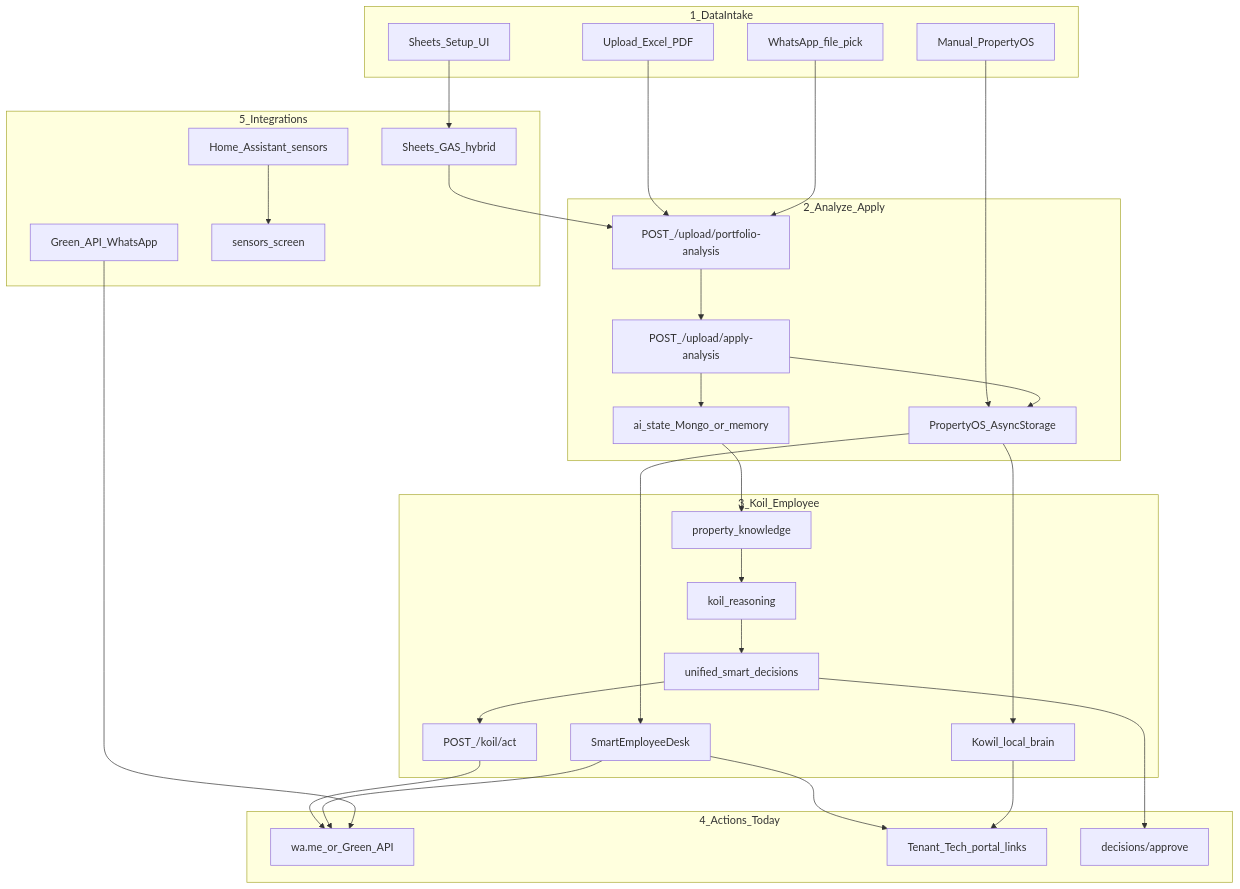
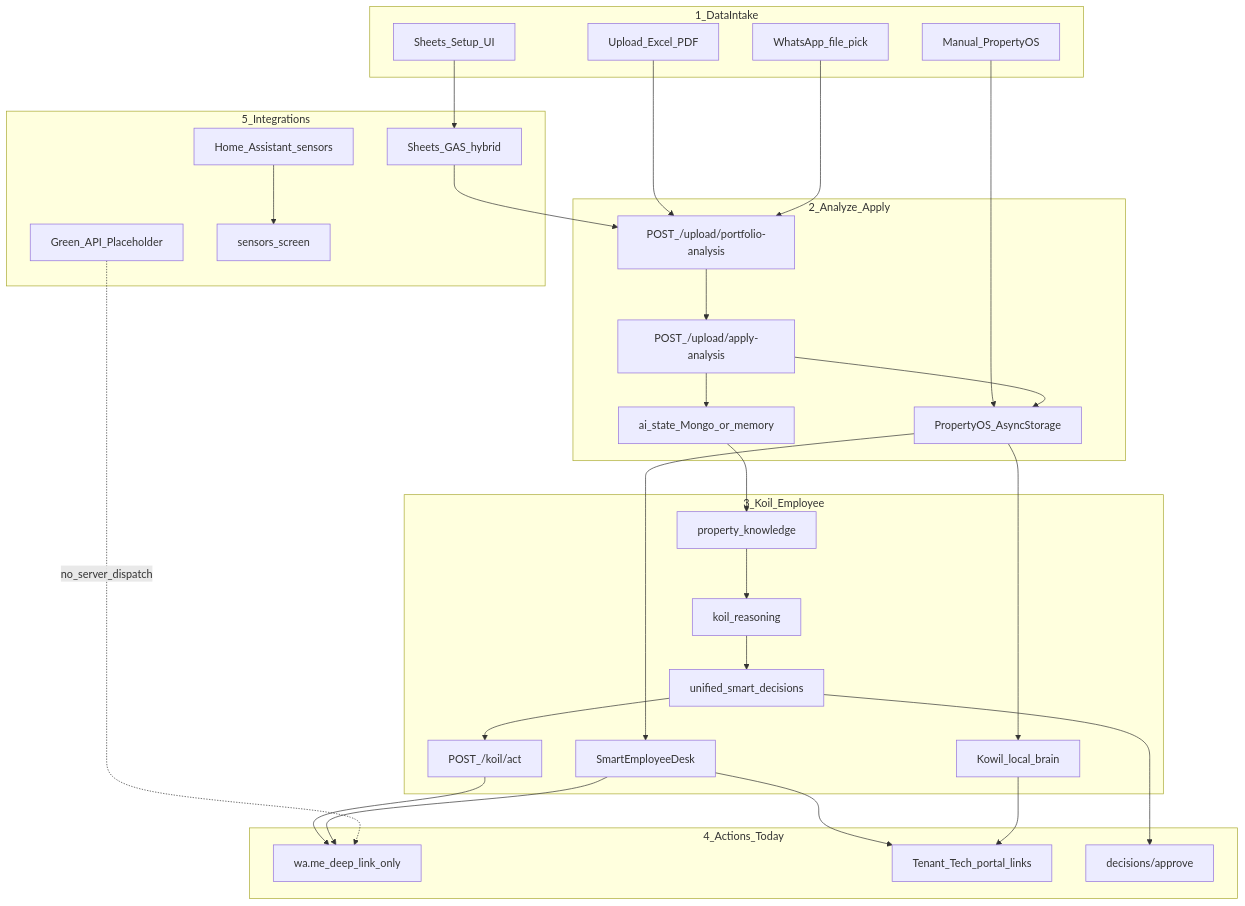
Before and after one commit to Abumahaa2025/SPP_Stitch_App: the diagram in docs/APP_PATH.md, drawn with Mermaid. The commit also changed other lines of this file and 26 other files, not shown here.

````diff
--- a/docs/APP_PATH.md
+++ b/docs/APP_PATH.md
@@ -19,58 +36,58 @@
 ```mermaid
 flowchart TB
   subgraph intake [1_DataIntake]
     Manual["Manual_PropertyOS"]
     Upload["Upload_Excel_PDF"]
     SheetsUI["Sheets_Setup_UI"]
     WhatsAppPick["WhatsApp_file_pick"]
   end
 
   subgraph analyze [2_Analyze_Apply]
     PortfolioAPI["POST_/upload/portfolio-analysis"]
     ApplyAPI["POST_/upload/apply-analysis"]
     AiState["ai_state_Mongo_or_memory"]
     LocalOS["PropertyOS_AsyncStorage"]
   end
 
   subgraph intelligence [3_Koil_Employee]
     Knowledge["property_knowledge"]
     Reasoning["koil_reasoning"]
     Unified["unified_smart_decisions"]
     Act["POST_/koil/act"]
     Desk["SmartEmployeeDesk"]
     Brain["Kowil_local_brain"]
   end
 
   subgraph actions [4_Actions_Today]
-    WaDeep["wa.me_or_Green_API"]
+    WaDeep["wa.me_deep_link_only"]
     Portal["Tenant_Tech_portal_links"]
     Approvals["decisions/approve"]
   end
 
   subgraph phase4 [5_Integrations]
-    Green["Green_API_WhatsApp"]
+    Green["Green_API_Placeholder"]
     HA["Home_Assistant_sensors"]
     SheetsLive["Sheets_GAS_hybrid"]
     SensorsUI["sensors_screen"]
   end
 
   Manual --> LocalOS
   Upload --> PortfolioAPI
   WhatsAppPick --> PortfolioAPI
   SheetsUI --> SheetsLive
   PortfolioAPI --> ApplyAPI
   ApplyAPI --> AiState
   ApplyAPI --> LocalOS
   AiState --> Knowledge --> Reasoning --> Unified
   Unified --> Act
   LocalOS --> Desk
   LocalOS --> Brain
   Act --> WaDeep
   Desk --> WaDeep
   Desk --> Portal
   Brain --> Portal
   Unified --> Approvals
-  Green --> WaDeep
+  Green -.->|no_server_dispatch| WaDeep
   HA --> SensorsUI
   SheetsLive --> PortfolioAPI
 ```
````
